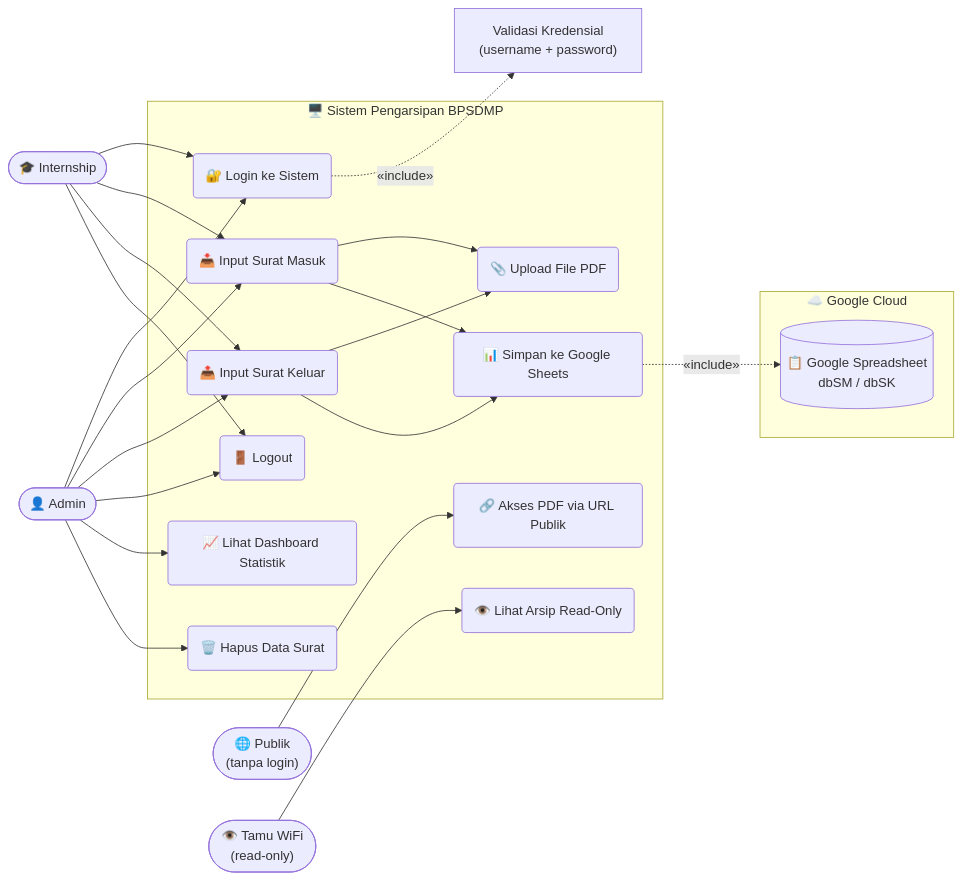
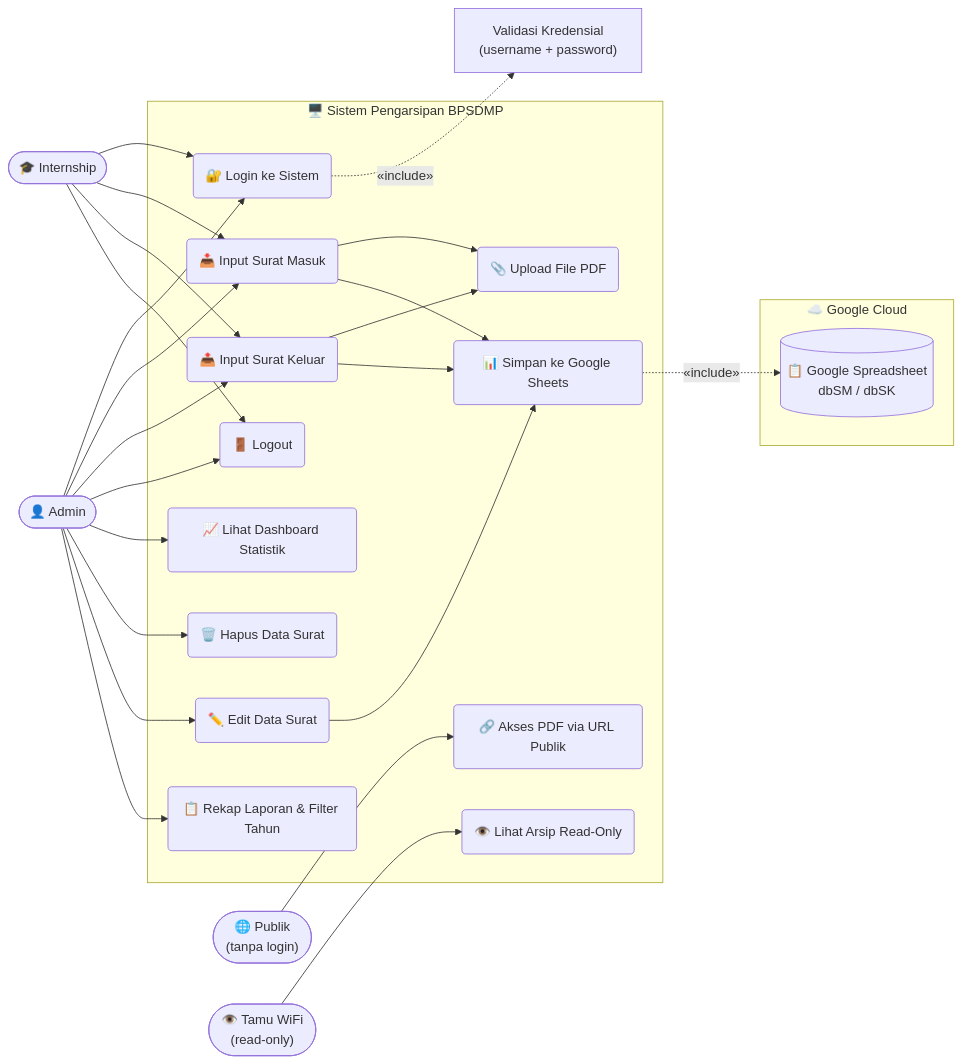
Before and after one commit to Rpl087/PROJECT-MAGANG: the third of 3 diagrams in README.md, drawn with Mermaid. The commit also changed other lines of this file and 46 other files, not shown here.

First line of the commit message:
feat(v2.1): filter kode klasifikasi, edit data SM/SK, filter tahun rekap, cetak per tab

````diff
--- a/README.md
+++ b/README.md
@@ -470,45 +489,50 @@
 ```mermaid
 graph LR
     Admin(["👤 Admin"])
     Internship(["🎓 Internship"])
     Public(["🌐 Publik\n(tanpa login)"])
     Tamu(["👁️ Tamu WiFi\n(read-only)"])
 
     subgraph Sistem ["🖥️ Sistem Pengarsipan BPSDMP"]
         UC1("🔐 Login ke Sistem")
         UC2("📥 Input Surat Masuk")
         UC3("📤 Input Surat Keluar")
         UC4("📎 Upload File PDF")
         UC5("📊 Simpan ke Google Sheets")
         UC6("🚪 Logout")
         UC7("📈 Lihat Dashboard Statistik")
         UC8("🔗 Akses PDF via URL Publik")
         UC9("🗑️ Hapus Data Surat")
         UC10("👁️ Lihat Arsip Read-Only")
+        UC11("✏️ Edit Data Surat")
+        UC12("📋 Rekap Laporan & Filter Tahun")
 
         UC2 --> UC4
         UC3 --> UC4
         UC2 --> UC5
         UC3 --> UC5
+        UC11 --> UC5
     end
 
     subgraph Google ["☁️ Google Cloud"]
         GS[("📋 Google Spreadsheet\ndbSM / dbSK")]
     end
 
     Admin --> UC1
     Admin --> UC2
     Admin --> UC3
     Admin --> UC6
     Admin --> UC7
     Admin --> UC9
+    Admin --> UC11
+    Admin --> UC12
     Internship --> UC1
     Internship --> UC2
     Internship --> UC3
     Internship --> UC6
     Public --> UC8
     Tamu --> UC10
 
     UC1 -.->|"«include»"| VALID["Validasi Kredensial\n(username + password)"]
     UC5 -.->|"«include»"| GS
 ```
````
